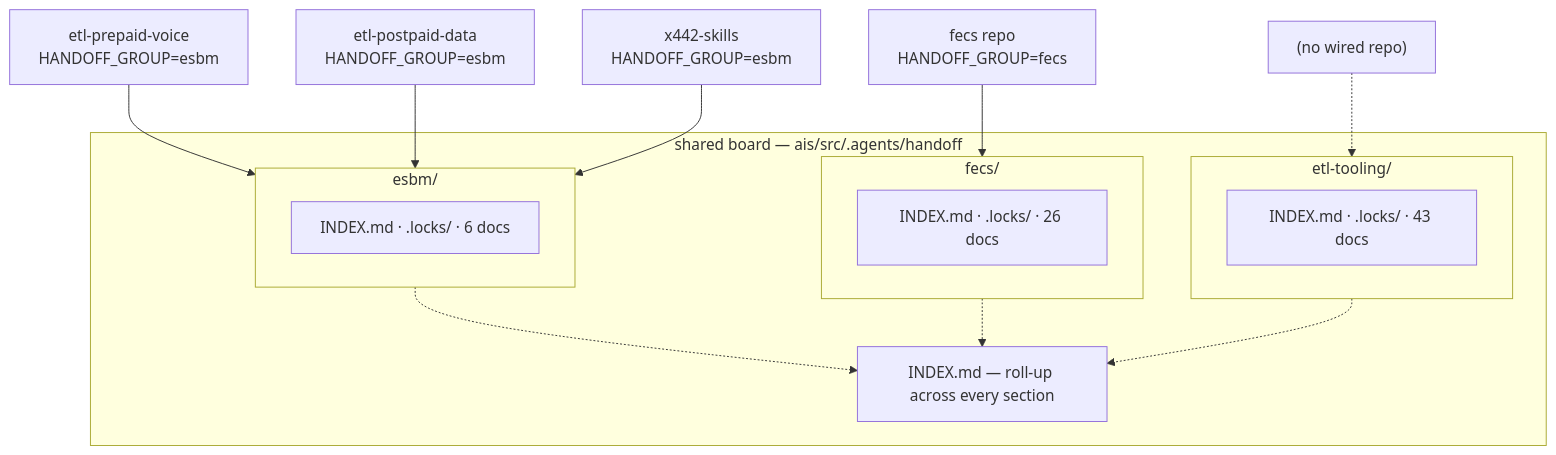
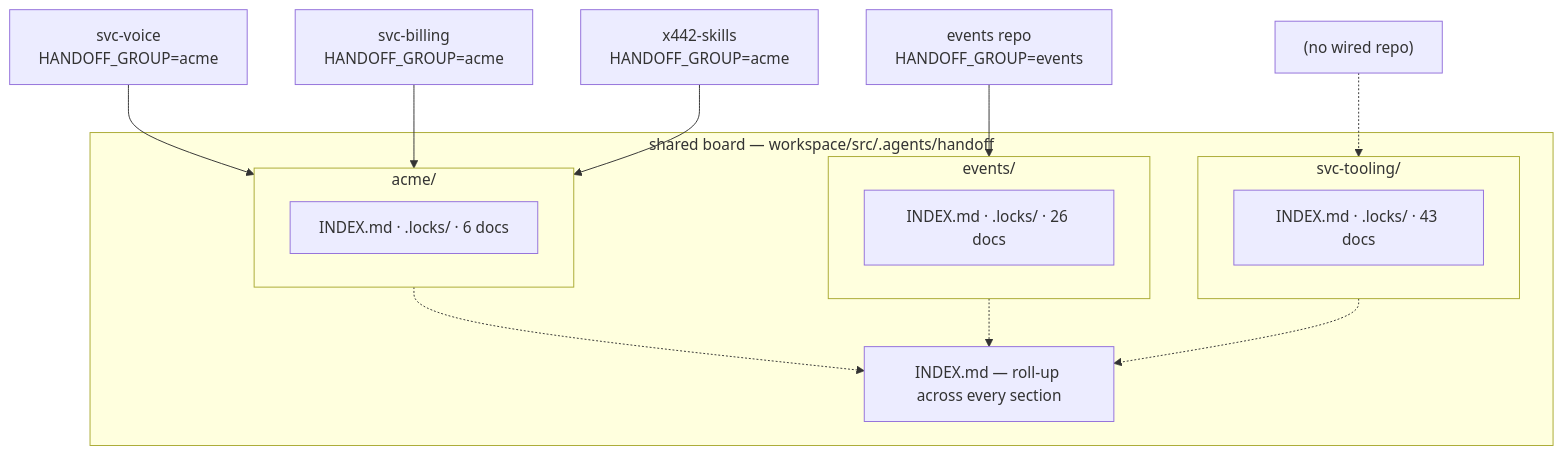
One commit to xyzxyz442/x442-skills changed the second of 2 diagrams in docs/cross-repo-handoff-usage-record.md. Above: the diagram before and after it, drawn with Mermaid. The commit also changed other lines of this file and 6 other files, not shown here.

First line of the commit message:
fix(config): point this repo's handoff board at itself

````diff
--- a/docs/cross-repo-handoff-usage-record.md
+++ b/docs/cross-repo-handoff-usage-record.md
@@ -243,23 +243,23 @@
 ```mermaid
 flowchart TD
-    subgraph board["shared board — ais/src/.agents/handoff"]
+    subgraph board["shared board — workspace/src/.agents/handoff"]
         RU["INDEX.md — roll-up across every section"]
-        subgraph s1["esbm/"]
+        subgraph s1["acme/"]
             A1["INDEX.md · .locks/ · 6 docs"]
         end
-        subgraph s2["fecs/"]
+        subgraph s2["events/"]
             A2["INDEX.md · .locks/ · 26 docs"]
         end
-        subgraph s3["etl-tooling/"]
+        subgraph s3["svc-tooling/"]
             A3["INDEX.md · .locks/ · 43 docs"]
         end
     end
-    pv["etl-prepaid-voice<br/>HANDOFF_GROUP=esbm"] --> s1
-    pd["etl-postpaid-data<br/>HANDOFF_GROUP=esbm"] --> s1
-    xs["x442-skills<br/>HANDOFF_GROUP=esbm"] --> s1
-    fc["fecs repo<br/>HANDOFF_GROUP=fecs"] --> s2
+    pv["svc-voice<br/>HANDOFF_GROUP=acme"] --> s1
+    pd["svc-billing<br/>HANDOFF_GROUP=acme"] --> s1
+    xs["x442-skills<br/>HANDOFF_GROUP=acme"] --> s1
+    fc["events repo<br/>HANDOFF_GROUP=events"] --> s2
     none["(no wired repo)"] -.-> s3
     s1 -.-> RU
     s2 -.-> RU
     s3 -.-> RU
 ```
````
